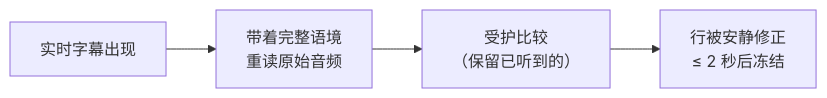
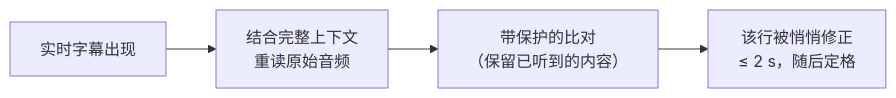
The third of 4 diagrams in README_zh-Hans.md (rpalm01-star/VigilantEarLegal), drawn with Mermaid before and after one commit. The commit also changed other lines of this file and 29 other files, not shown here.

````diff
--- a/README_zh-Hans.md
+++ b/README_zh-Hans.md
@@ -149,4 +157,4 @@
 ```mermaid
 graph LR
-    L["实时字幕出现"] --> K["带着完整语境<br/>重读原始音频"] --> V["受护比较<br/>（保留已听到的）"] --> W["行被安静修正<br/>≤ 2 秒后冻结"]
+    L["实时字幕出现"] --> K["结合完整上下文<br/>重读原始音频"] --> V["带保护的比对<br/>（保留已听到的内容）"] --> W["该行被悄悄修正<br/>≤ 2 s，随后定格"]
 ```
````
